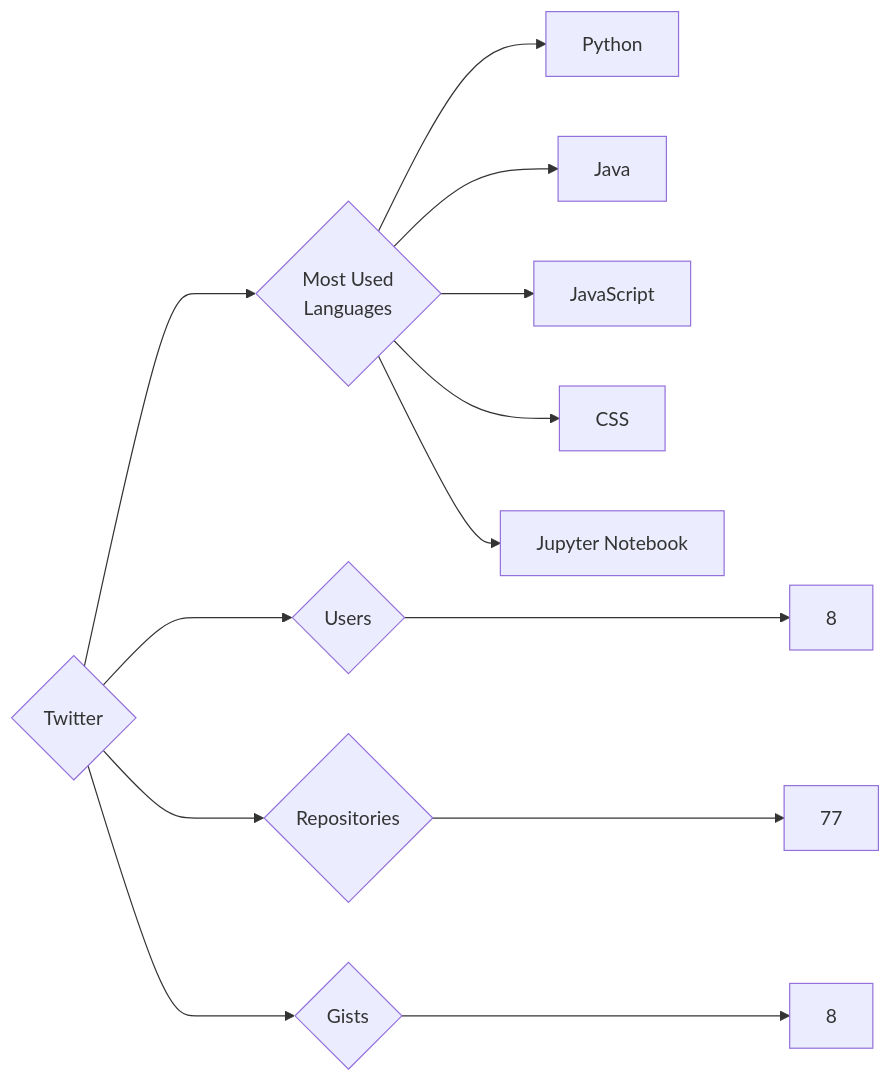
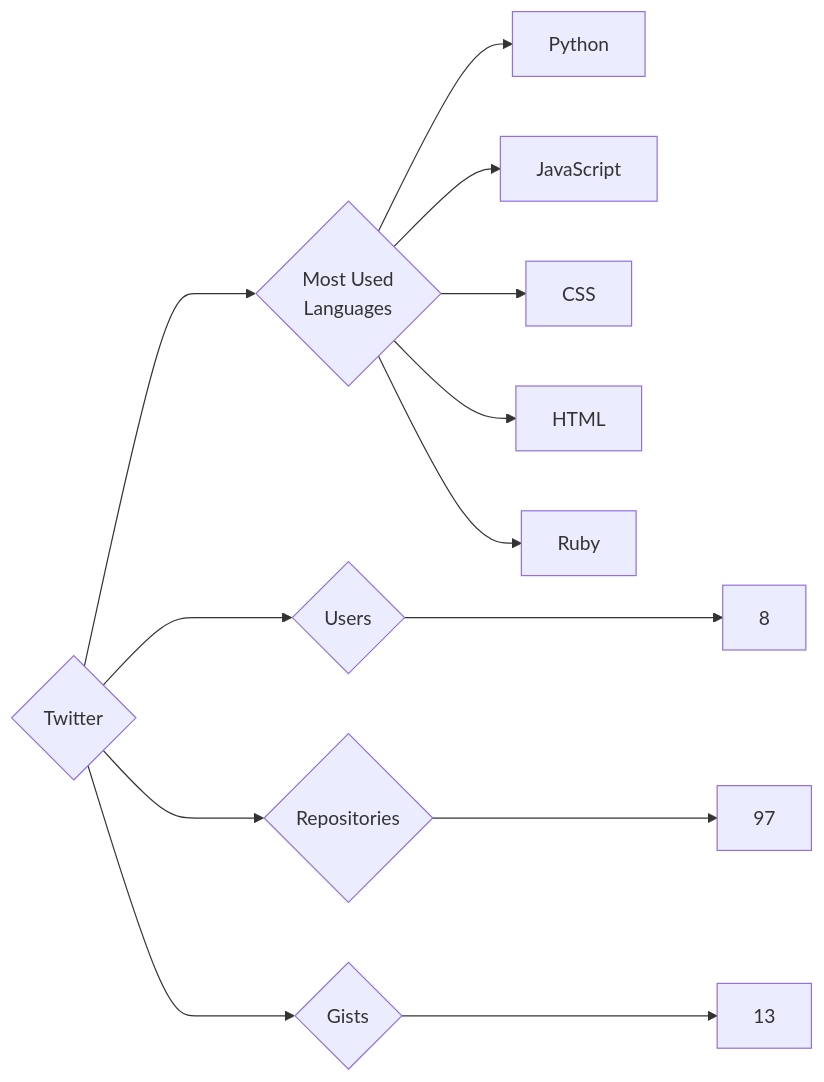
Before and after one commit to trickest/insiders: the diagram in targets/Twitter/README.md, drawn with Mermaid. The commit also changed 748 other files, not shown here.

````diff
--- a/targets/Twitter/README.md
+++ b/targets/Twitter/README.md
@@ -3,13 +3,13 @@
 ```mermaid
 graph LR
 COMPANY_NAME{Twitter}
 COMPANY_NAME ---> U{Users} ---> UN[8]
-COMPANY_NAME ---> R{Repositories} ---> RN[77]
-COMPANY_NAME ---> G{Gists} ---> GN[8]
+COMPANY_NAME ---> R{Repositories} ---> RN[97]
+COMPANY_NAME ---> G{Gists} ---> GN[13]
 COMPANY_NAME ---> ML{Most Used<br>Languages}
 ML --> Python[Python]
-ML --> Java[Java]
 ML --> JavaScript[JavaScript]
 ML --> CSS[CSS]
-ML --> Jupyter_Notebook[Jupyter Notebook]
+ML --> HTML[HTML]
+ML --> Ruby[Ruby]
 ```
````
